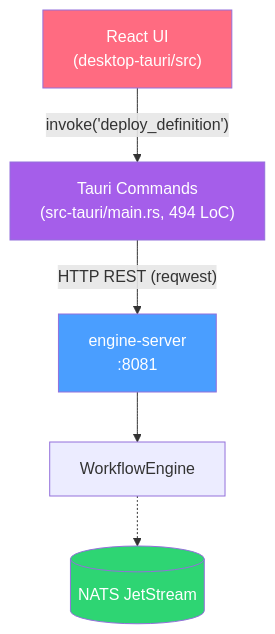
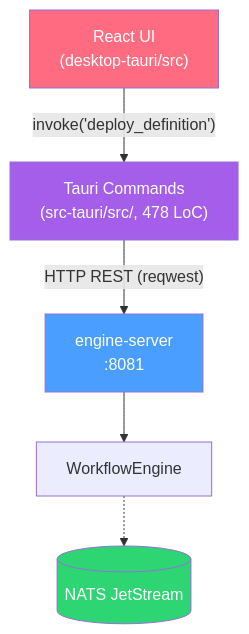
Before and after one commit to maatini/bpmninja: the eighth of 8 diagrams in docs/architecture.md, drawn with Mermaid. The commit also changed other lines of this file and 1 other file, not shown here.

Commit message:
docs: update project statistics, test metrics, and architecture documentation

````diff
--- a/docs/architecture.md
+++ b/docs/architecture.md
@@ -539,13 +541,13 @@
 ```mermaid
 graph TD
     UI["React UI<br/>(desktop-tauri/src)"]
-    UI -->|"invoke('deploy_definition')"| TC["Tauri Commands<br/>(src-tauri/main.rs, 494 LoC)"]
+    UI -->|"invoke('deploy_definition')"| TC["Tauri Commands<br/>(src-tauri/src/, 478 LoC)"]
     TC -->|"HTTP REST (reqwest)"| SERVER["engine-server<br/>:8081"]
     SERVER --> ENGINE["WorkflowEngine"]
     ENGINE -.-> NATS[("NATS JetStream")]
     
     style UI fill:#ff6b81,color:#fff
     style TC fill:#a55eea,color:#fff
     style SERVER fill:#4a9eff,color:#fff
     style NATS fill:#2ed573,color:#fff
 ```
````
